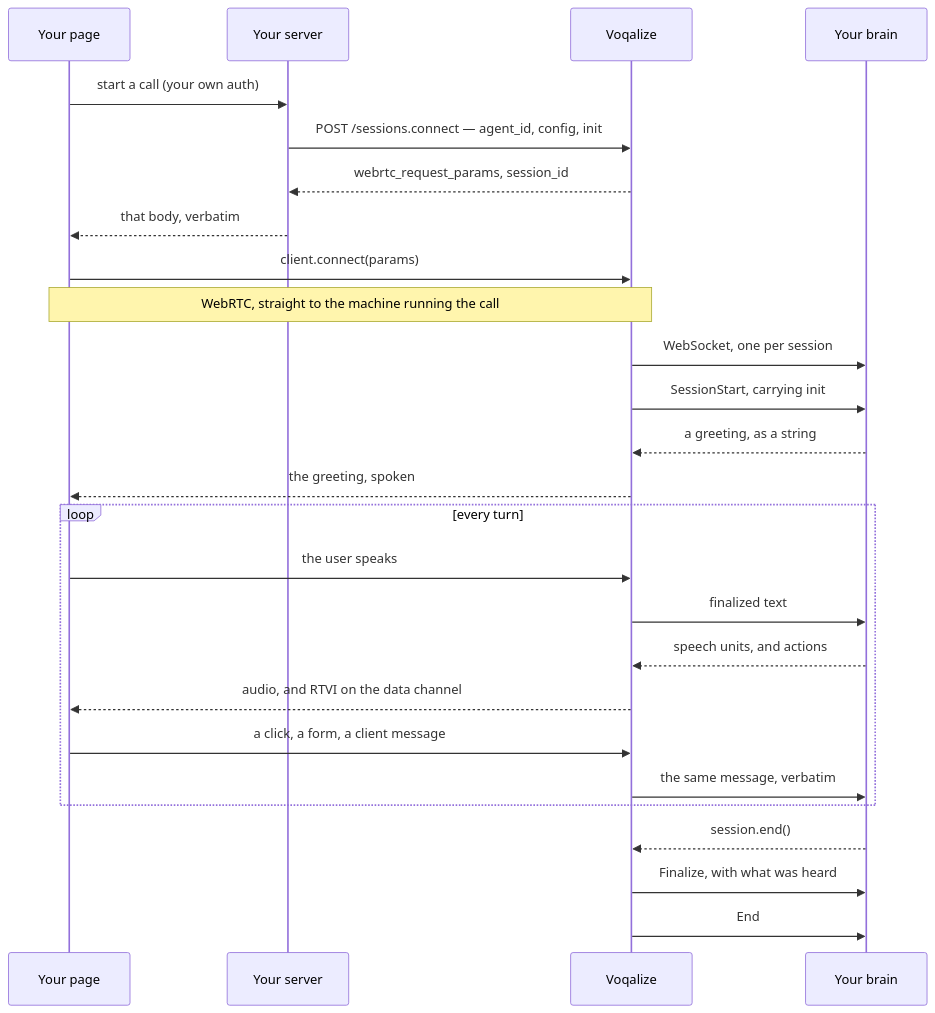
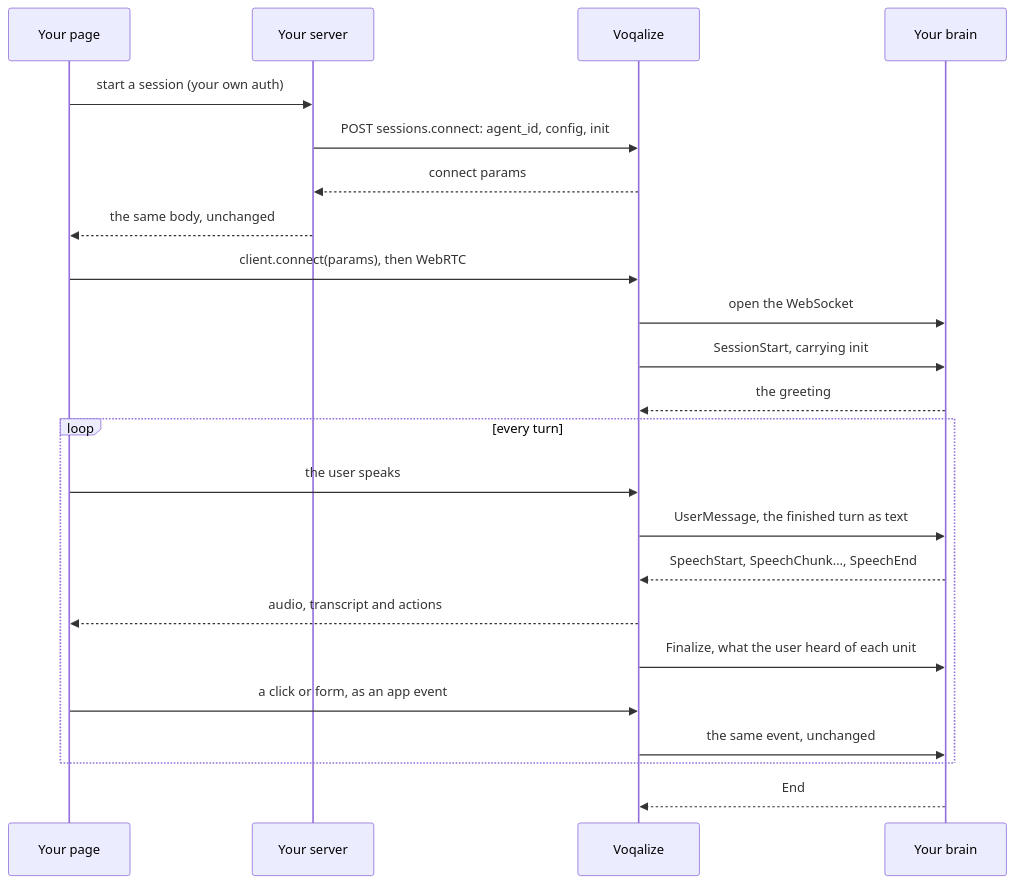
Before and after one commit to voqalize/voqalize: the diagram in docs/src/content/docs/build/session.md, drawn with Mermaid. The commit also changed other lines of this file and 8 other files, not shown here.

First line of the commit message:
docs(start): one concept page, a quickstart that runs, examples and a coding-agent guide

````diff
--- a/docs/src/content/docs/build/session.md
+++ b/docs/src/content/docs/build/session.md
@@ -81,29 +26,26 @@
 ```mermaid
 sequenceDiagram
   participant P as Your page
   participant S as Your server
   participant V as Voqalize
   participant B as Your brain
 
-  P->>S: start a call (your own auth)
-  S->>V: POST /sessions.connect — agent_id, config, init
-  V-->>S: webrtc_request_params, session_id
-  S-->>P: that body, verbatim
-  P->>V: client.connect(params)
-  Note over P,V: WebRTC, straight to the machine running the call
-  V->>B: WebSocket, one per session
+  P->>S: start a session (your own auth)
+  S->>V: POST sessions.connect: agent_id, config, init
+  V-->>S: connect params
+  S-->>P: the same body, unchanged
+  P->>V: client.connect(params), then WebRTC
+  V->>B: open the WebSocket
   V->>B: SessionStart, carrying init
-  B-->>V: a greeting, as a string
-  V-->>P: the greeting, spoken
+  B-->>V: the greeting
   loop every turn
     P->>V: the user speaks
-    V->>B: finalized text
-    B-->>V: speech units, and actions
-    V-->>P: audio, and RTVI on the data channel
-    P->>V: a click, a form, a client message
-    V->>B: the same message, verbatim
+    V->>B: UserMessage, the finished turn as text
+    B-->>V: SpeechStart, SpeechChunk…, SpeechEnd
+    V-->>P: audio, transcript and actions
+    V->>B: Finalize, what the user heard of each unit
+    P->>V: a click or form, as an app event
+    V->>B: the same event, unchanged
   end
-  B-->>V: session.end()
-  V->>B: Finalize, with what was heard
-  V->>B: End
+  B-->>V: End
 ```
````
